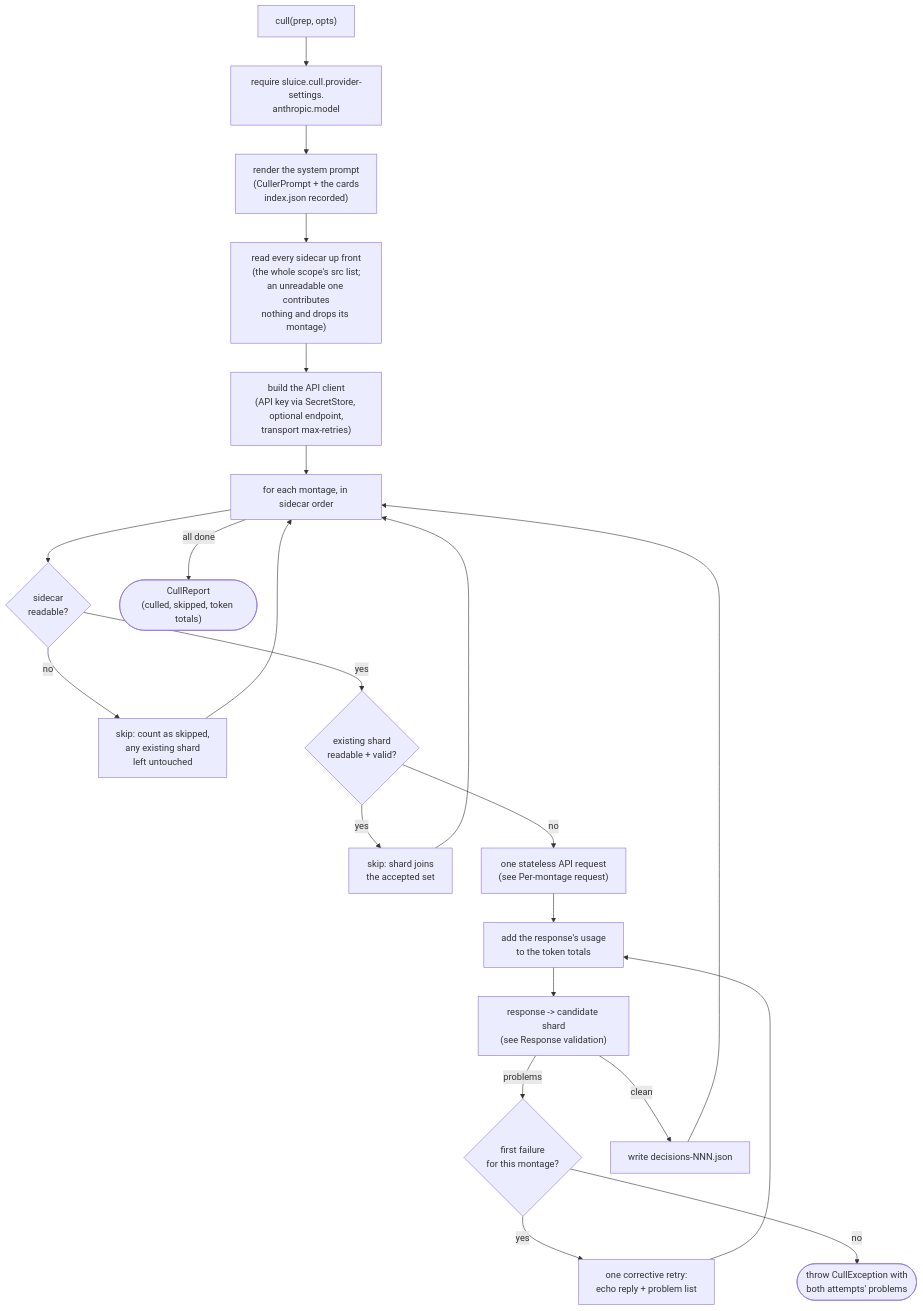
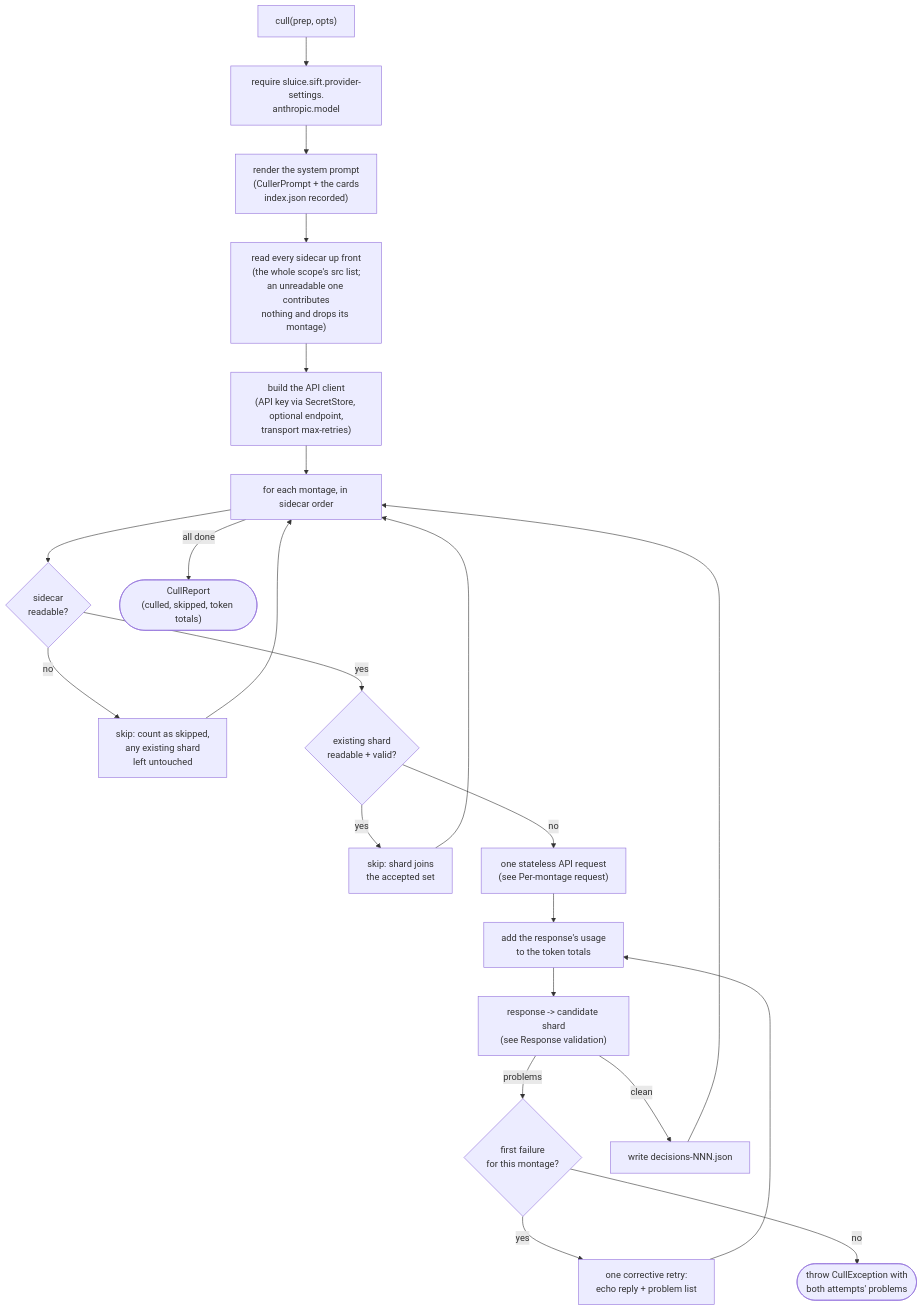
The first of 4 diagrams in app/docs/design/adapter/vision/anthropic-culler.md (AdrianNachev91/sluice), drawn with Mermaid before and after one commit. The commit also changed 21 other files, not shown here.

````diff
--- a/app/docs/design/adapter/vision/anthropic-culler.md
+++ b/app/docs/design/adapter/vision/anthropic-culler.md
@@ -13,24 +13,24 @@
 ```mermaid
 flowchart TD
-    A["cull(prep, opts)"] --> B["require sluice.cull.provider-settings.<br/>anthropic.model"]
+    A["cull(prep, opts)"] --> B["require sluice.sift.provider-settings.<br/>anthropic.model"]
     B --> C["render the system prompt<br/>(CullerPrompt + the cards<br/>index.json recorded)"]
     C --> W["read every sidecar up front<br/>(the whole scope's src list;<br/>an unreadable one contributes<br/>nothing and drops its montage)"]
     W --> D["build the API client<br/>(API key via SecretStore, optional endpoint,<br/>transport max-retries)"]
     D --> E["for each montage, in sidecar order"]
     E --> Q{"sidecar<br/>readable?"}
     Q -- no --> S2["skip: count as skipped,<br/>any existing shard<br/>left untouched"]
     S2 --> E
     Q -- yes --> R{"existing shard<br/>readable + valid?"}
     R -- yes --> S["skip: shard joins<br/>the accepted set"]
     S --> E
     R -- no --> F["one stateless API request<br/>(see Per-montage request)"]
     F --> J["add the response's usage<br/>to the token totals"]
     J --> G["response -> candidate shard<br/>(see Response validation)"]
     G -- problems --> T{"first failure<br/>for this montage?"}
     T -- yes --> U["one corrective retry:<br/>echo reply + problem list"]
     U --> J
     T -- no --> X(["throw CullException with<br/>both attempts' problems"])
     G -- clean --> I["write decisions-NNN.json"]
     I --> E
     E -- all done --> K(["CullReport<br/>(culled, skipped, token totals)"])
 ```
````
